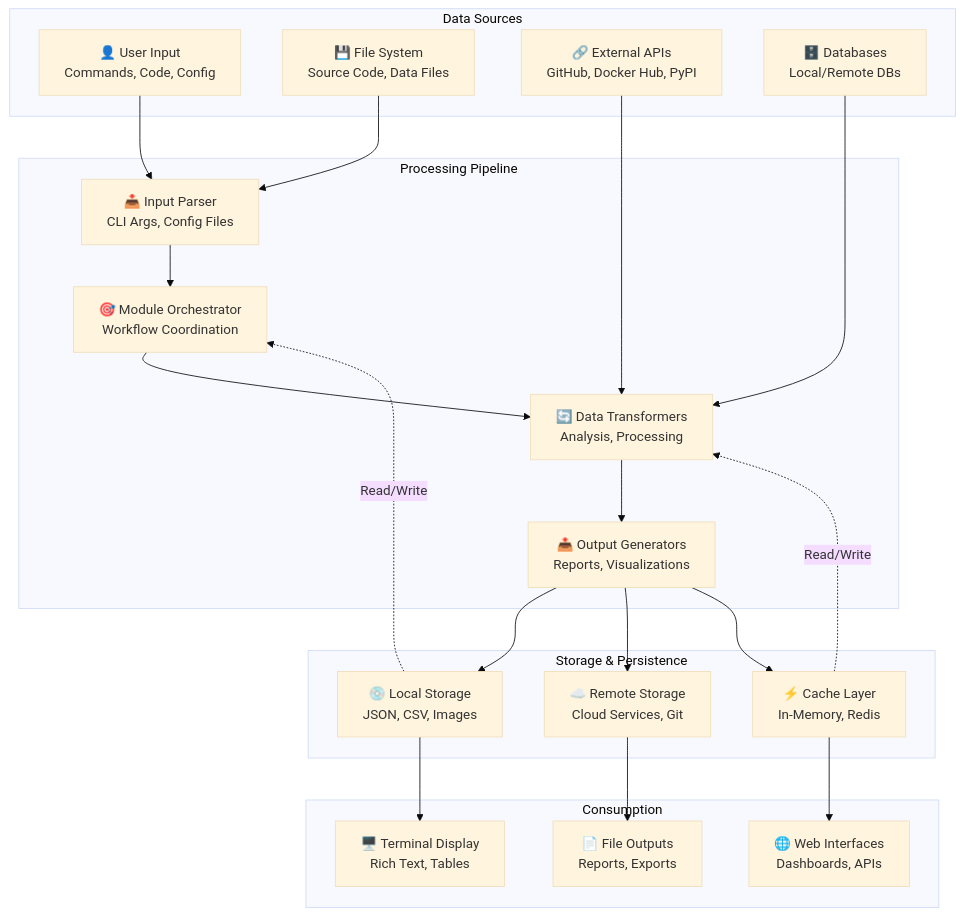
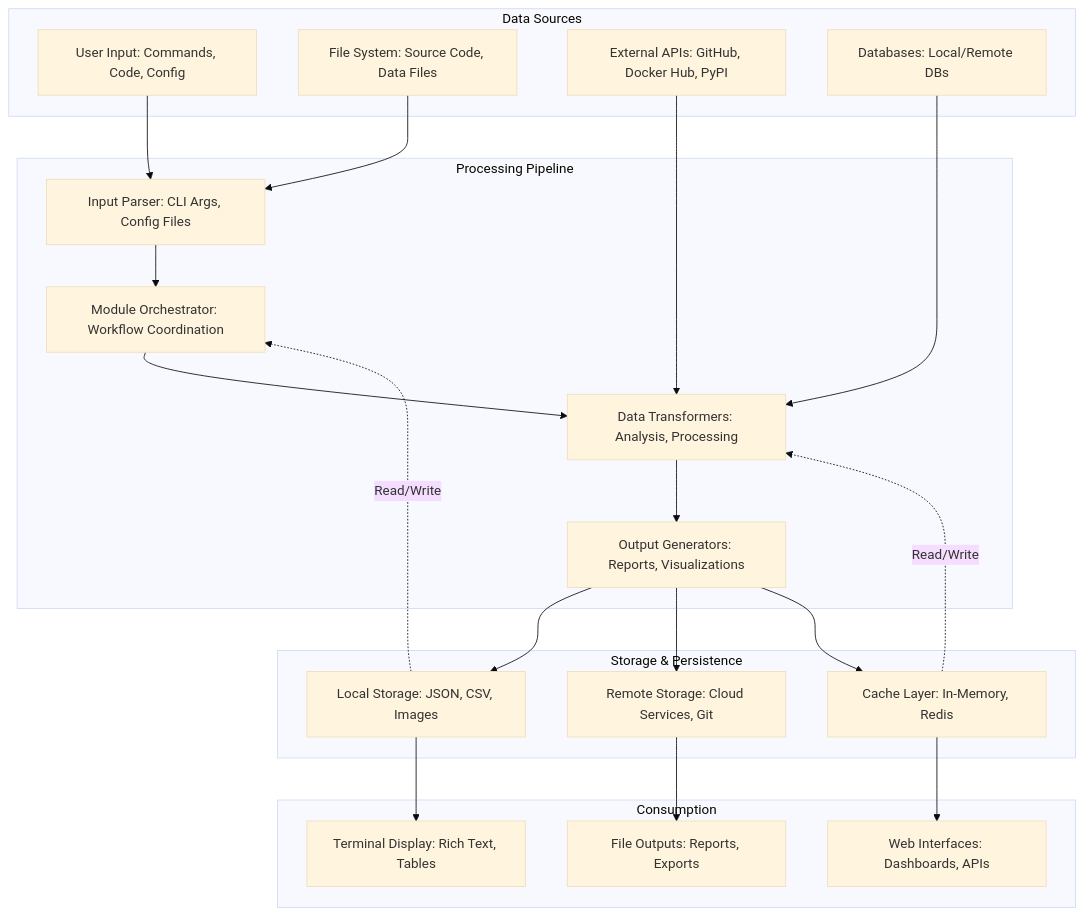
Before and after one commit to docxology/codomyrmex: the eighth of 12 diagrams in README.md, drawn with Mermaid (base theme). The commit also changed other lines of this file and 21 other files, not shown here.

````diff
--- a/README.md
+++ b/README.md
@@ -922,49 +1079,49 @@
 ```mermaid
 graph TD
-    subgraph "Data Sources"
-        UserInput[👤 User Input<br/>Commands, Code, Config]
-        FileSystem[💾 File System<br/>Source Code, Data Files]
-        APIs[🔗 External APIs<br/>GitHub, Docker Hub, PyPI]
-        Databases[🗄️ Databases<br/>Local/Remote DBs]
+    subgraph dataSources ["Data Sources"]
+        UserInput["User Input: Commands, Code, Config"]
+        FileSystem["File System: Source Code, Data Files"]
+        APIs["External APIs: GitHub, Docker Hub, PyPI"]
+        Databases["Databases: Local/Remote DBs"]
     end
 
-    subgraph "Processing Pipeline"
-        InputParser[📥 Input Parser<br/>CLI Args, Config Files]
-        ModuleOrchestrator[🎯 Module Orchestrator<br/>Workflow Coordination]
-        DataTransformers[🔄 Data Transformers<br/>Analysis, Processing]
-        OutputGenerators[📤 Output Generators<br/>Reports, Visualizations]
+    subgraph processingPipeline ["Processing Pipeline"]
+        InputParser["Input Parser: CLI Args, Config Files"]
+        ModuleOrchestrator["Module Orchestrator: Workflow Coordination"]
+        DataTransformers["Data Transformers: Analysis, Processing"]
+        OutputGenerators["Output Generators: Reports, Visualizations"]
     end
 
-    subgraph "Storage & Persistence"
-        LocalStorage[💿 Local Storage<br/>JSON, CSV, Images]
-        RemoteStorage[☁️ Remote Storage<br/>Cloud Services, Git]
-        CacheLayer[⚡ Cache Layer<br/>In-Memory, Redis]
+    subgraph storagePersistence ["Storage & Persistence"]
+        LocalStorage["Local Storage: JSON, CSV, Images"]
+        RemoteStorage["Remote Storage: Cloud Services, Git"]
+        CacheLayer["Cache Layer: In-Memory, Redis"]
     end
 
-    subgraph "Consumption"
-        TerminalOutput[🖥️ Terminal Display<br/>Rich Text, Tables]
-        FileOutputs[📄 File Outputs<br/>Reports, Exports]
-        WebInterfaces[🌐 Web Interfaces<br/>Dashboards, APIs]
+    subgraph consumption ["Consumption"]
+        TerminalOutput["Terminal Display: Rich Text, Tables"]
+        FileOutputs["File Outputs: Reports, Exports"]
+        WebInterfaces["Web Interfaces: Dashboards, APIs"]
     end
 
     UserInput --> InputParser
     FileSystem --> InputParser
     APIs --> DataTransformers
     Databases --> DataTransformers
 
     InputParser --> ModuleOrchestrator
     ModuleOrchestrator --> DataTransformers
     DataTransformers --> OutputGenerators
 
     OutputGenerators --> LocalStorage
     OutputGenerators --> RemoteStorage
     OutputGenerators --> CacheLayer
 
     LocalStorage --> TerminalOutput
     RemoteStorage --> FileOutputs
     CacheLayer --> WebInterfaces
 
     %% Bidirectional data flow
     CacheLayer -.->|"Read/Write"| DataTransformers
     LocalStorage -.->|"Read/Write"| ModuleOrchestrator
 ```
````
